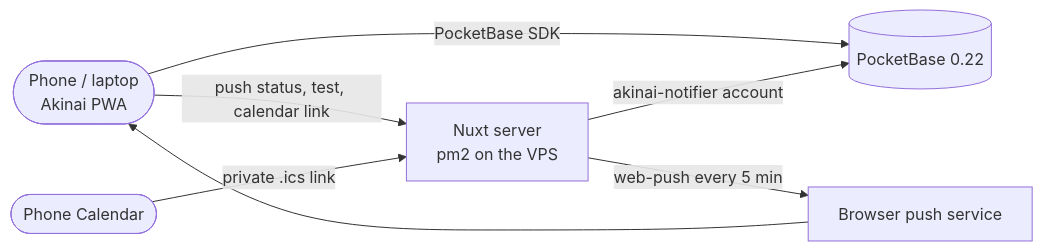
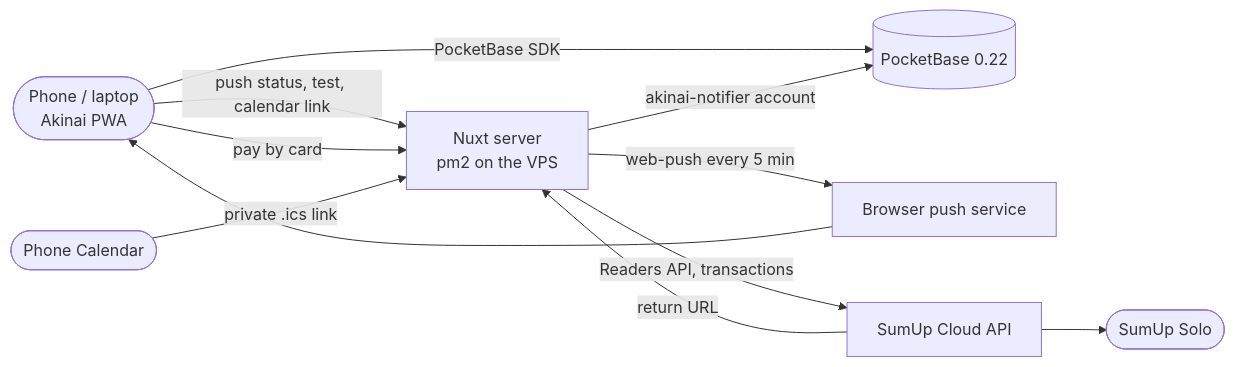
Before and after one commit to KuroTsubasa1/3dps-budget-tracker: the diagram in README.md, drawn with Mermaid. The commit also changed other lines of this file and 15 other files, not shown here.

First line of the commit message:
Pay by card in the cart and on Home: the Solo takes the card, and an approved payment is booked once as card

````diff
--- a/README.md
+++ b/README.md
@@ -38,9 +39,13 @@
 ```mermaid
 flowchart LR
     Phone([Phone / laptop<br/>Akinai PWA]) -- PocketBase SDK --> PB[(PocketBase 0.22)]
     Phone -- push status, test, calendar link --> Nuxt[Nuxt server<br/>pm2 on the VPS]
     Nuxt -- akinai-notifier account --> PB
     Nuxt -- web-push every 5 min --> Push[Browser push service]
     Push --> Phone
+    Phone -- pay by card --> Nuxt
+    Nuxt -- Readers API, transactions --> SumUp[SumUp Cloud API]
+    SumUp -- return URL --> Nuxt
+    SumUp --> Solo([SumUp Solo])
     Calendar([Phone Calendar]) -- private .ics link --> Nuxt
 ```
````
